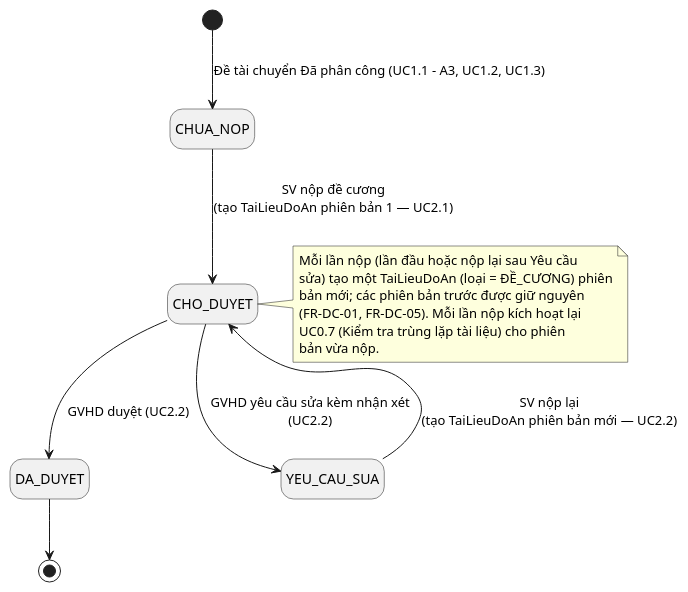
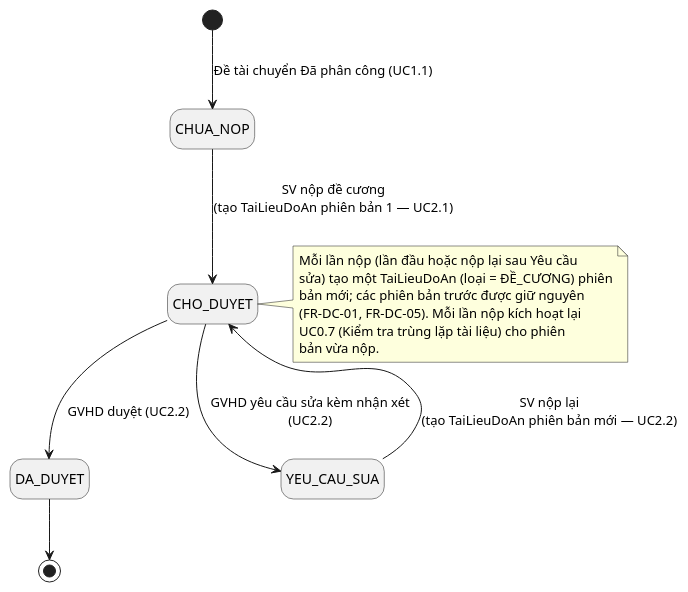
One commit to dtc235200036-alt/ICTU-DATN-NguyenThiMaiAnh changed the diagram in docs/chuong-3-thiet-ke/so-do-lop/trang-thai-de-cuong.puml. Above: the diagram before and after it, drawn with PlantUML. The commit also changed 59 other files, not shown here.

```diff
--- a/docs/chuong-3-thiet-ke/so-do-lop/trang-thai-de-cuong.puml
+++ b/docs/chuong-3-thiet-ke/so-do-lop/trang-thai-de-cuong.puml
@@ -1,24 +1,24 @@
 @startuml trang-thai-de-cuong
 hide empty description
 
-[*] --> CHUA_NOP : Đề tài chuyển Đã phân công (UC1.1 – A3, UC1.2, UC1.3)
+[*] --> CHUA_NOP : Đề tài chuyển Đã phân công (UC1.1)
 
 CHUA_NOP --> CHO_DUYET : SV nộp đề cương\n(tạo TaiLieuDoAn phiên bản 1 — UC2.1)
 
 CHO_DUYET --> DA_DUYET : GVHD duyệt (UC2.2)
 CHO_DUYET --> YEU_CAU_SUA : GVHD yêu cầu sửa kèm nhận xét\n(UC2.2)
 
 YEU_CAU_SUA --> CHO_DUYET : SV nộp lại\n(tạo TaiLieuDoAn phiên bản mới — UC2.2)
 
 DA_DUYET --> [*]
 
 note right of CHO_DUYET
   Mỗi lần nộp (lần đầu hoặc nộp lại sau Yêu cầu
   sửa) tạo một TaiLieuDoAn (loại = ĐỀ_CƯƠNG) phiên
   bản mới; các phiên bản trước được giữ nguyên
   (FR-DC-01, FR-DC-05). Mỗi lần nộp kích hoạt lại
   UC0.7 (Kiểm tra trùng lặp tài liệu) cho phiên
   bản vừa nộp.
 end note
 
 @enduml
```
